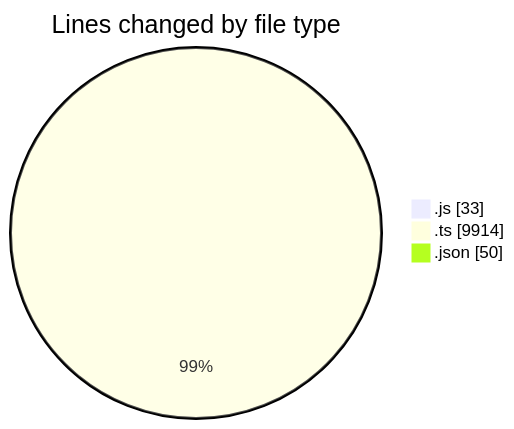
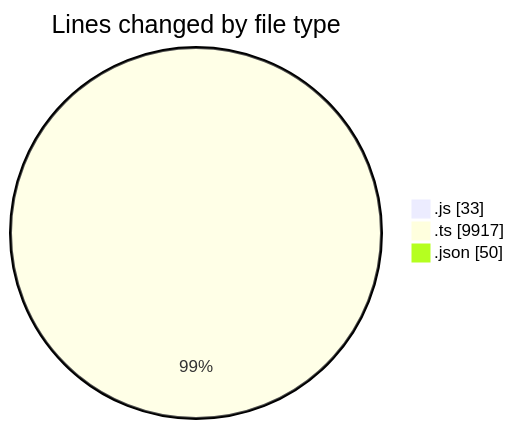
One commit to momahboobian/code-tracking changed the first of 2 diagrams in 2025-09-08/cda/README.md. Above: the diagram before and after it, drawn with Mermaid. The commit also changed other lines of this file and 1 other file, not shown here.

````diff
--- a/2025-09-08/cda/README.md
+++ b/2025-09-08/cda/README.md
@@ -25,7 +25,7 @@
 ```mermaid
 pie showData
 title Lines changed by file type
 ".js" : 33
-".ts" : 9914
+".ts" : 9917
 ".json" : 50
 ```
````
